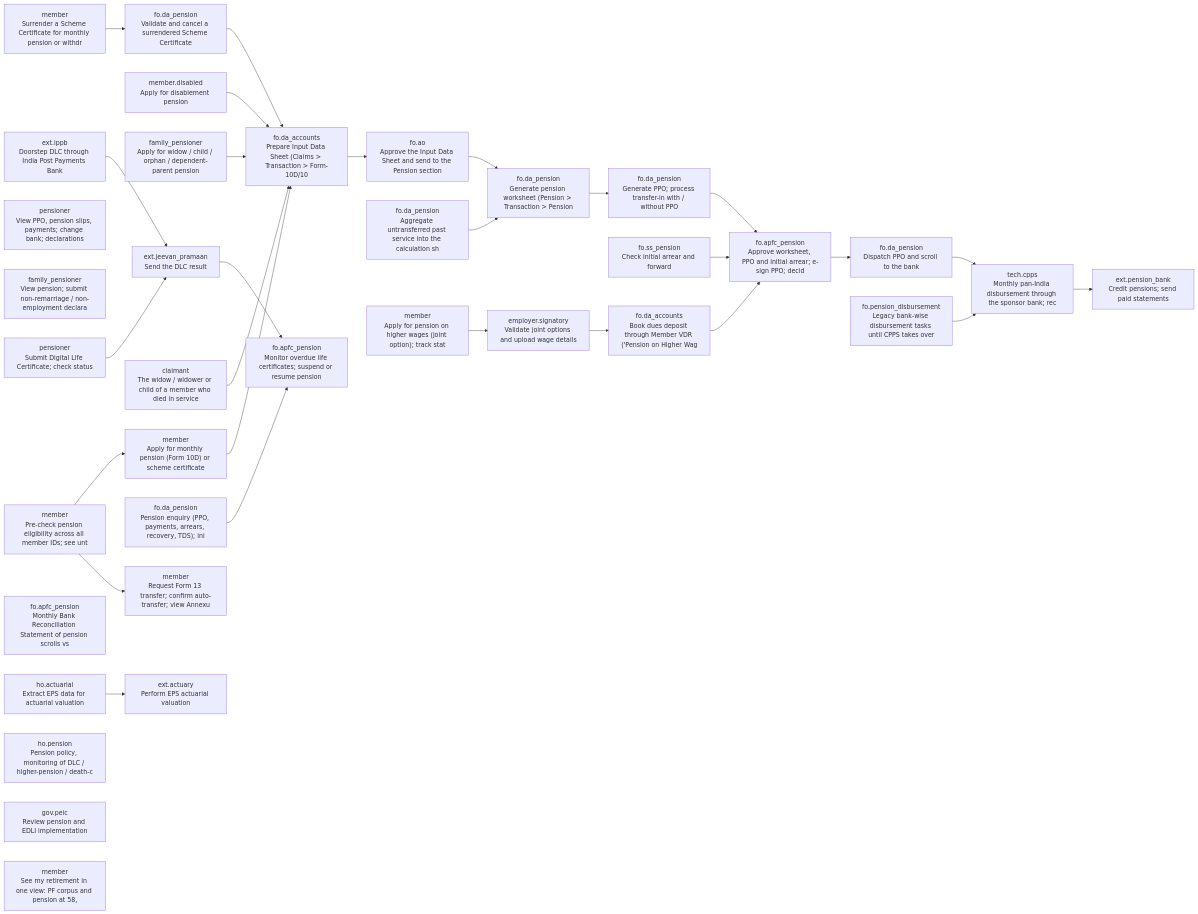
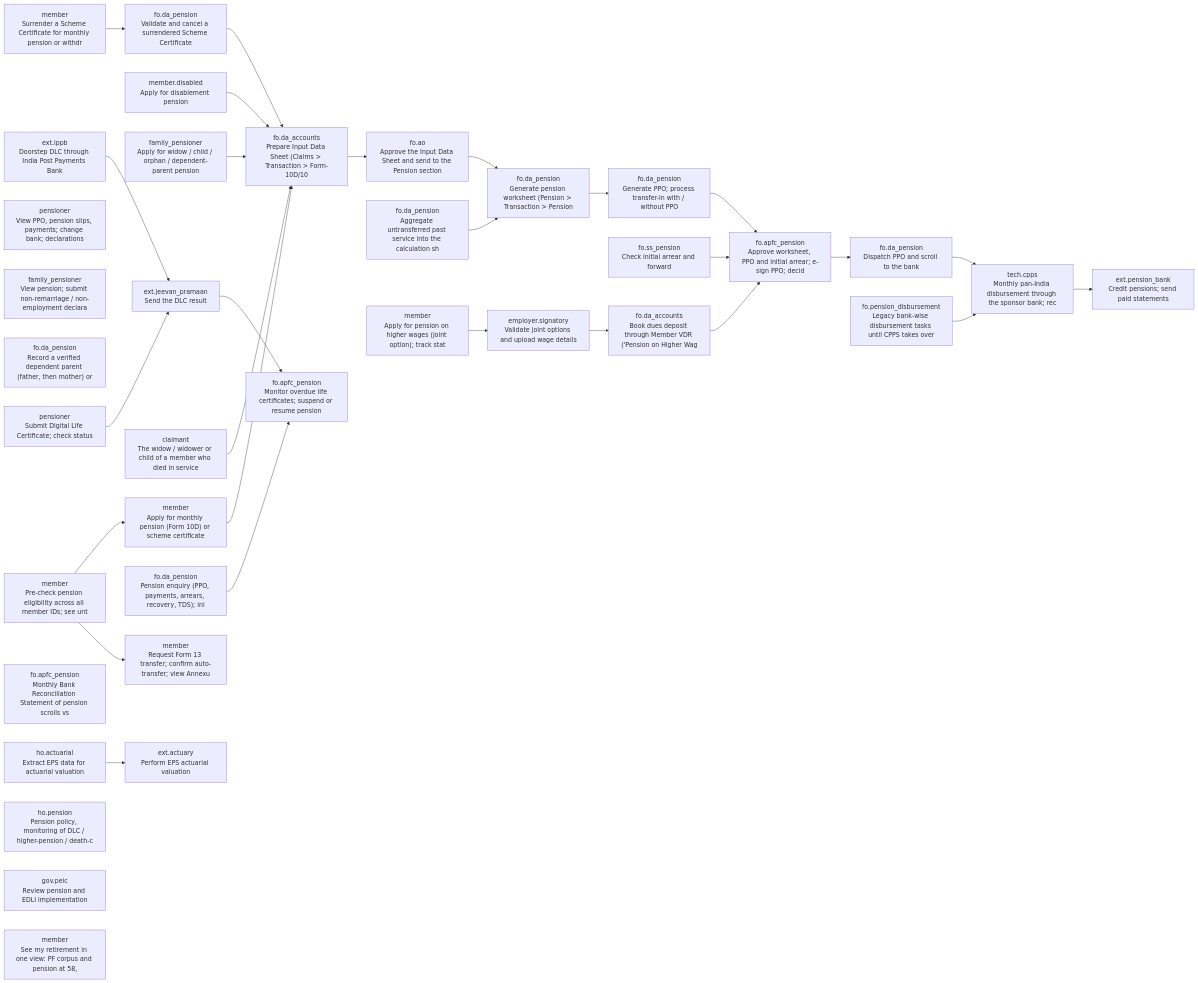
Before and after one commit to gauravmeena0708/pf-life: the fifth of 14 diagrams in docs/stakeholder-api-sets.md, drawn with Mermaid. The commit also changed other lines of this file and 15 other files, not shown here.

````diff
--- a/docs/stakeholder-api-sets.md
+++ b/docs/stakeholder-api-sets.md
@@ -1791,64 +1805,65 @@
 ```mermaid
 flowchart LR
   F05_apply["member<br/>Apply for monthly pension (Form 10D) or scheme certificate"]
   F05_preview["member<br/>Pre-check pension eligibility across all member IDs; see unt"]
   F05_sc_surrender["member<br/>Surrender a Scheme Certificate for monthly pension or withdr"]
   F05_disabled_apply["member.disabled<br/>Apply for disablement pension"]
   F05_family_apply["family_pensioner<br/>Apply for widow / child / orphan / dependent-parent pension"]
   F05_ids["fo.da_accounts<br/>Prepare Input Data Sheet (Claims > Transaction > Form-10D/10"]
   F05_ids_approve["fo.ao<br/>Approve the Input Data Sheet and send to the Pension section"]
   F05_worksheet["fo.da_pension<br/>Generate pension worksheet (Pension > Transaction > Pension "]
   F05_aggregate["fo.da_pension<br/>Aggregate untransferred past service into the calculation sh"]
   F05_sc_adjudicate["fo.da_pension<br/>Validate and cancel a surrendered Scheme Certificate"]
   F05_ppo["fo.da_pension<br/>Generate PPO; process transfer-in with / without PPO"]
   F05_initial_arrear["fo.ss_pension<br/>Check initial arrear and forward"]
   F05_ppo_approve["fo.apfc_pension<br/>Approve worksheet, PPO and initial arrear; e-sign PPO; decid"]
   F05_dispatch["fo.da_pension<br/>Dispatch PPO and scroll to the bank"]
   F05_cpps["tech.cpps<br/>Monthly pan-India disbursement through the sponsor bank; rec"]
   F05_disbursement_section["fo.pension_disbursement<br/>Legacy bank-wise disbursement tasks until CPPS takes over"]
   F05_bank["ext.pension_bank<br/>Credit pensions; send paid statements"]
   F05_pensioner_view["pensioner<br/>View PPO, pension slips, payments; change bank; declarations"]
   F05_family_apply_claimant["claimant<br/>The widow / widower or child of a member who died in service"]
   F05_family_view["family_pensioner<br/>View pension; submit non-remarriage / non-employment declara"]
+  F05_family_beneficiary["fo.da_pension<br/>Record a verified dependent parent (father, then mother) or "]
   F05_dlc["pensioner<br/>Submit Digital Life Certificate; check status"]
   F05_dlc_event["ext.jeevan_pramaan<br/>Send the DLC result"]
   F05_dlc_doorstep["ext.ippb<br/>Doorstep DLC through India Post Payments Bank"]
   F05_dlc_monitor["fo.apfc_pension<br/>Monitor overdue life certificates; suspend or resume pension"]
   F05_updation["fo.da_pension<br/>Pension enquiry (PPO, payments, arrears, recovery, TDS); ini"]
   F05_brs["fo.apfc_pension<br/>Monthly Bank Reconciliation Statement of pension scrolls vs "]
   F05_higher_member["member<br/>Apply for pension on higher wages (joint option); track stat"]
   F05_higher_employer["employer.signatory<br/>Validate joint options and upload wage details"]
   F05_higher_deposit["fo.da_accounts<br/>Book dues deposit through Member VDR ('Pension on Higher Wag"]
   F05_actuarial["ho.actuarial<br/>Extract EPS data for actuarial valuation"]
   F05_valuation["ext.actuary<br/>Perform EPS actuarial valuation"]
   F05_policy["ho.pension<br/>Pension policy, monitoring of DLC / higher-pension / death-c"]
   F05_peic["gov.peic<br/>Review pension and EDLI implementation"]
   F05_retirement_view["member<br/>See my retirement in one view: PF corpus and pension at 58, "]
   F05_apply --> F05_ids
   F04_transfer["member<br/>Request Form 13 transfer; confirm auto-transfer; view Annexu"]
   F05_preview --> F04_transfer
   F05_preview --> F05_apply
   F05_sc_surrender --> F05_sc_adjudicate
   F05_disabled_apply --> F05_ids
   F05_family_apply --> F05_ids
   F05_ids --> F05_ids_approve
   F05_ids_approve --> F05_worksheet
   F05_worksheet --> F05_ppo
   F05_aggregate --> F05_worksheet
   F05_sc_adjudicate --> F05_ids
   F05_ppo --> F05_ppo_approve
   F05_initial_arrear --> F05_ppo_approve
   F05_ppo_approve --> F05_dispatch
   F05_dispatch --> F05_cpps
   F05_cpps --> F05_bank
   F05_disbursement_section --> F05_cpps
   F05_family_apply_claimant --> F05_ids
   F05_dlc --> F05_dlc_event
   F05_dlc_event --> F05_dlc_monitor
   F05_dlc_doorstep --> F05_dlc_event
   F05_updation --> F05_dlc_monitor
   F05_higher_member --> F05_higher_employer
   F05_higher_employer --> F05_higher_deposit
   F05_higher_deposit --> F05_ppo_approve
   F05_actuarial --> F05_valuation
 ```
````
